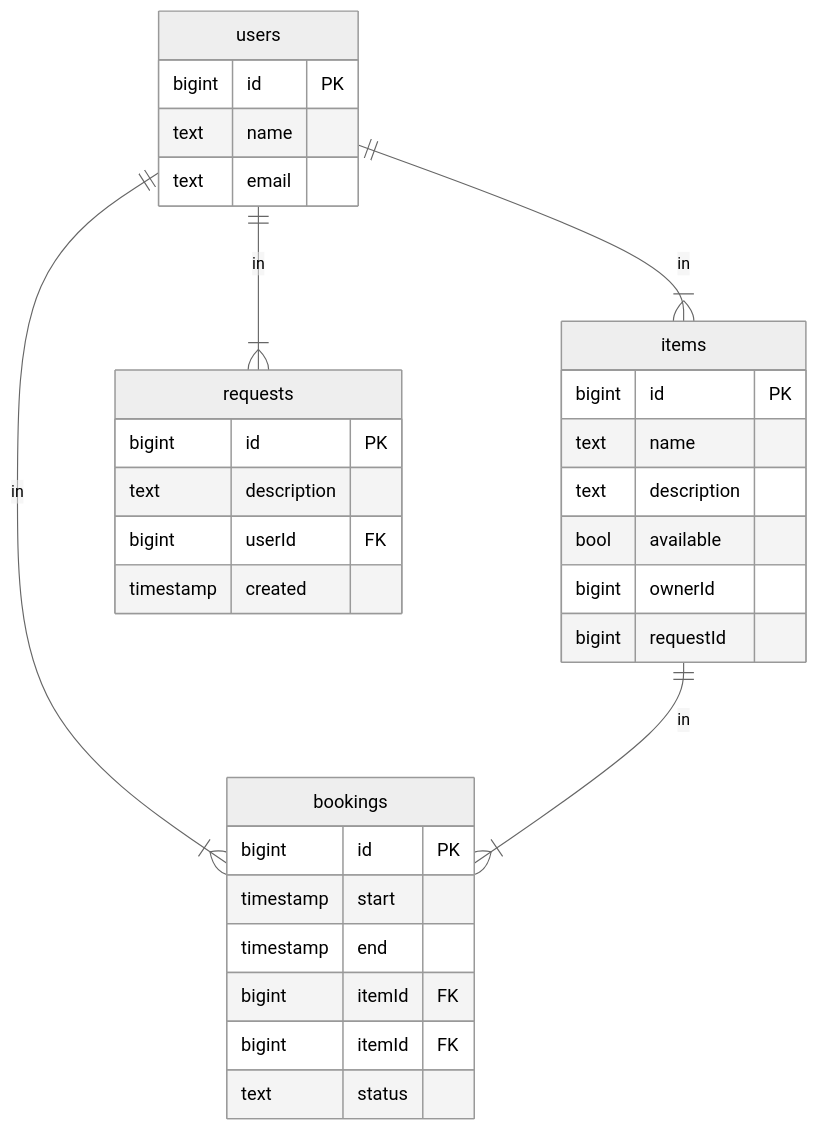
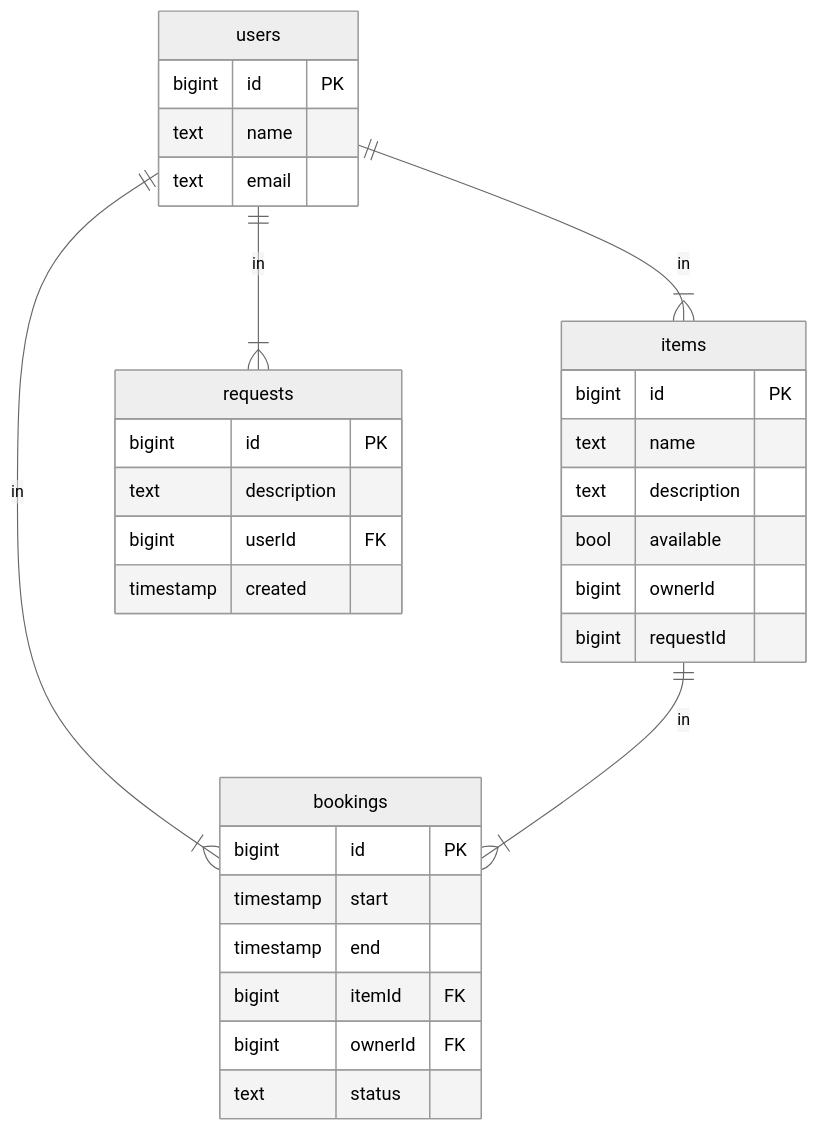
One commit to Ycseeasy/java-shareit changed the diagram in README.md. Above: the diagram before and after it, drawn with Mermaid (neutral theme). The commit also changed other lines of this file and 34 other files, not shown here.

````diff
--- a/README.md
+++ b/README.md
@@ -4,39 +4,39 @@
 ```mermaid
 erDiagram
     bookings {
         bigint id PK
         timestamp start
         timestamp end
         bigint itemId FK
-        bigint itemId FK
+        bigint ownerId FK
         text status
     }
     
     items {
         bigint id PK
         text name
         text description
         bool available
         bigint ownerId
         bigint requestId
     }
 
     users {
         bigint id PK
         text name
         text email
     }
 
     requests {
         bigint id PK
         text description
         bigint userId FK
         timestamp created
     }
 
     users || -- |{ bookings: in
     items || -- |{ bookings: in
     users || -- |{ items: in
     users || -- |{ requests: in
 
 ```
````
